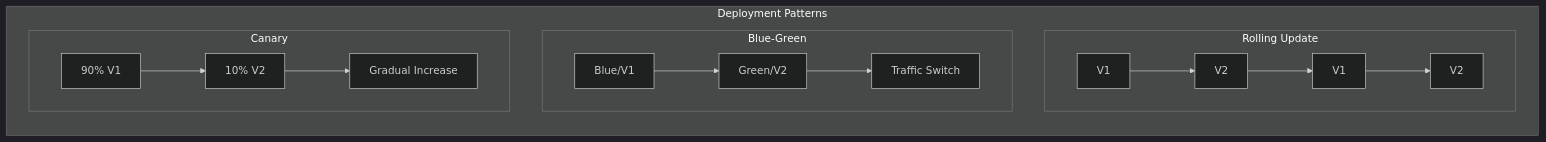
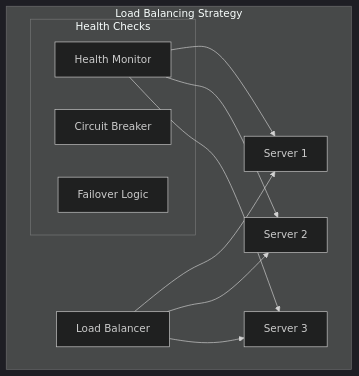
One commit to saravanakumarrc/Architecture_Journey changed the second of 4 diagrams in src/Scalability_Principles_and_Implementations.md. Above: the diagram before and after it, drawn with Mermaid (dark theme). The commit also changed other lines of this file and 11 other files, not shown here.

First line of the commit message:
Refactor documentation for scalability, security, service mesh, trade-off analysis, and zero trust architecture

````diff
--- a/src/Scalability_Principles_and_Implementations.md
+++ b/src/Scalability_Principles_and_Implementations.md
@@ -81,22 +33,18 @@
 ```mermaid
 graph TB
-    subgraph "Deployment Patterns"
-        direction TB
+    subgraph "Load Balancing Strategy"
+        LB[Load Balancer] --> S1[Server 1]
+        LB --> S2[Server 2]
+        LB --> S3[Server 3]
         
-        subgraph "Rolling Update"
-            R1[V1] --> R2[V2]
-            R2 --> R3[V1]
-            R3 --> R4[V2]
+        subgraph "Health Checks"
+            H1[Health Monitor]
+            H2[Circuit Breaker]
+            H3[Failover Logic]
         end
         
-        subgraph "Blue-Green"
-            B[Blue/V1] --> G[Green/V2]
-            G --> T[Traffic Switch]
-        end
-        
-        subgraph "Canary"
-            C1[90% V1] --> C2[10% V2]
-            C2 --> C3[Gradual Increase]
-        end
+        H1 --> S1
+        H1 --> S2
+        H1 --> S3
     end
 ```
````
